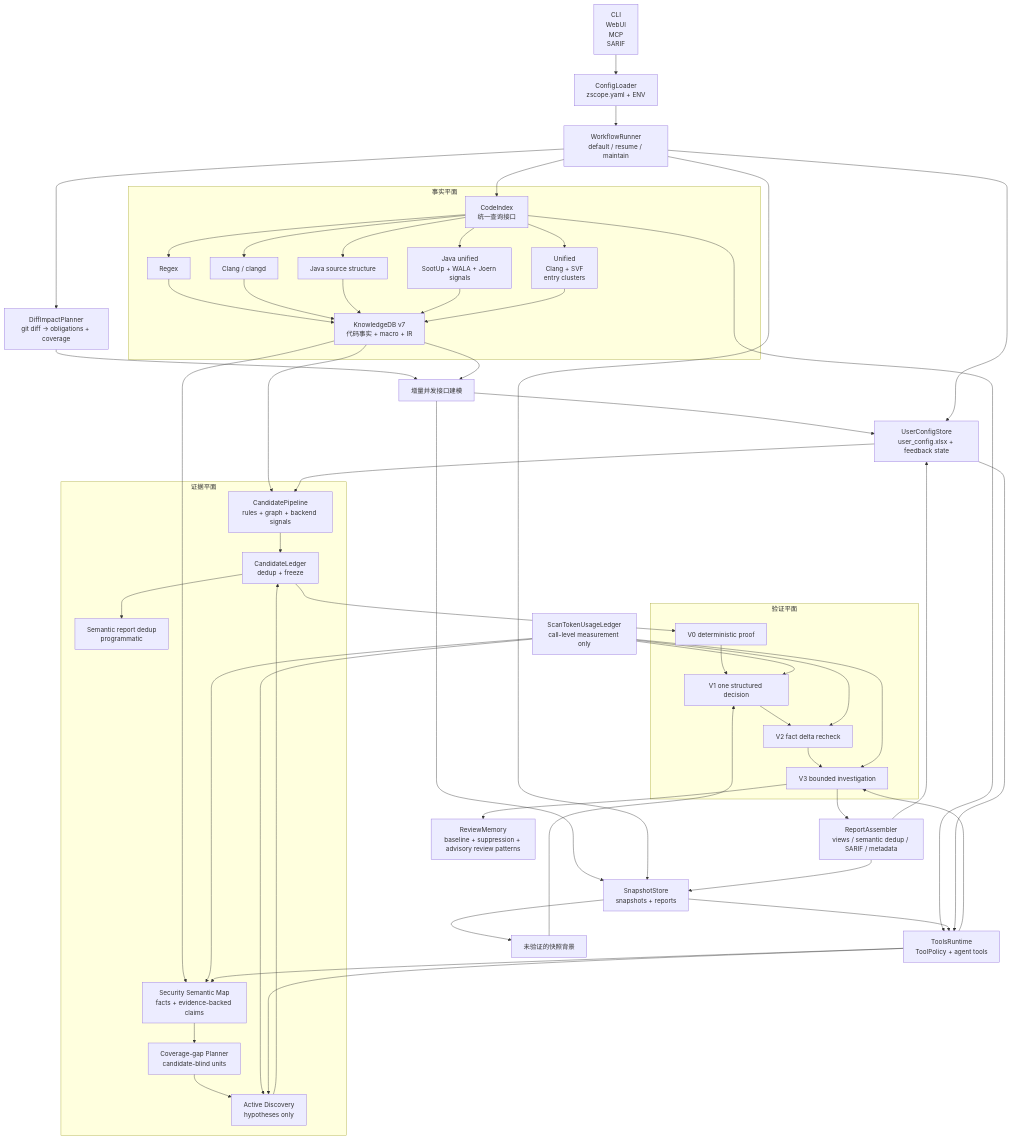
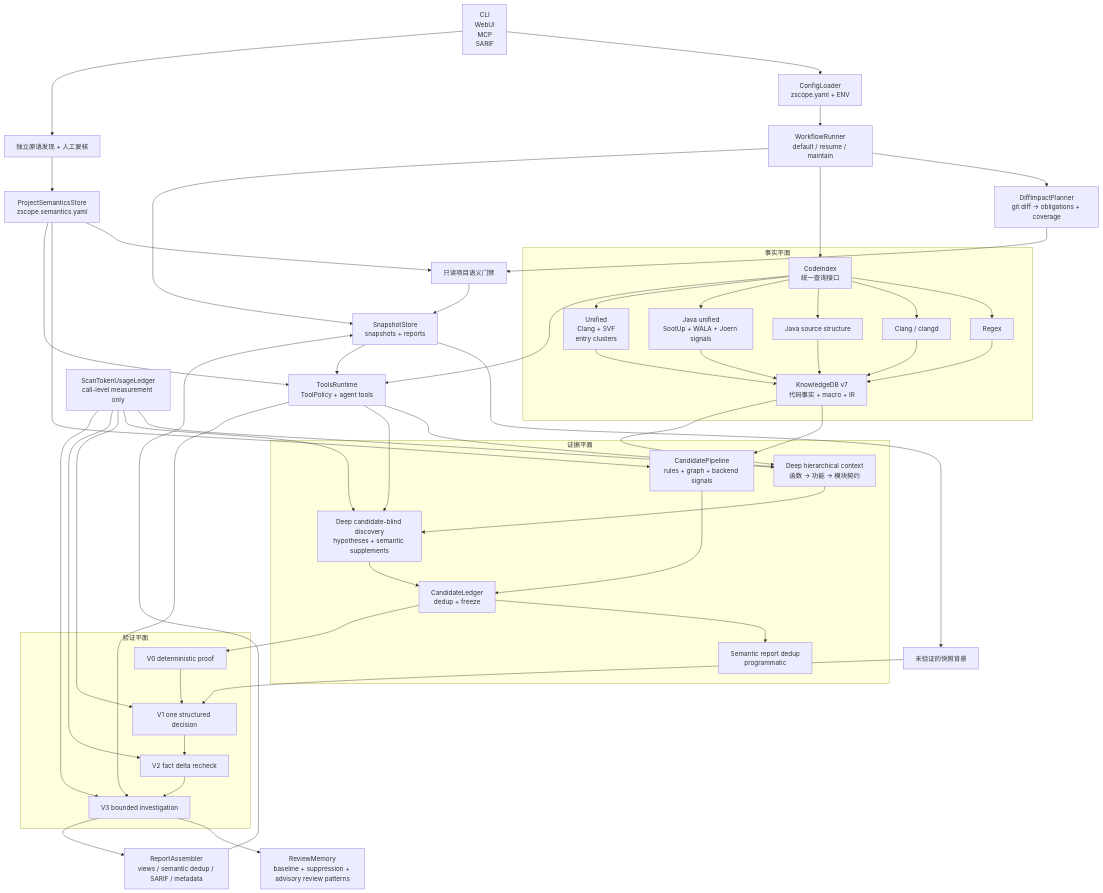
One commit to zealousness/Z-Scope changed the diagram in docs/architecture.md. Above: the diagram before and after it, drawn with Mermaid. The commit also changed other lines of this file and 454 other files, not shown here.

First line of the commit message:
feat: integrate project semantics, scan schedules and validation updates

````diff
--- a/docs/architecture.md
+++ b/docs/architecture.md
@@ -64,75 +68,72 @@
 ```mermaid
 flowchart TB
     Ingress["CLI<br/>WebUI<br/>MCP<br/>SARIF"]
     Config["ConfigLoader<br/>zscope.yaml + ENV"]
     Workflow["WorkflowRunner<br/>default / resume / maintain"]
     DiffImpact["DiffImpactPlanner<br/>git diff → obligations + coverage"]
 
     subgraph FactPlane["事实平面"]
         Index["CodeIndex<br/>统一查询接口"]
         Regex["Regex"]
         Clang["Clang / clangd"]
         JavaSource["Java source structure"]
         JavaUnified["Java unified<br/>SootUp + WALA + Joern signals"]
         Unified["Unified<br/>Clang + SVF<br/>entry clusters"]
         KDB["KnowledgeDB v7<br/>代码事实 + macro + IR"]
     end
 
     subgraph EvidencePlane["证据平面"]
         Candidate["CandidatePipeline<br/>rules + graph + backend signals"]
-        SecurityMap["Security Semantic Map<br/>facts + evidence-backed claims"]
-        Gap["Coverage-gap Planner<br/>candidate-blind units"]
-        Discovery["Active Discovery<br/>hypotheses only"]
+        Hierarchy["Deep hierarchical context<br/>函数 → 功能 → 模块契约"]
+        Discovery["Deep candidate-blind discovery<br/>hypotheses + semantic supplements"]
         Ledger["CandidateLedger<br/>dedup + freeze"]
         SemanticDedup["Semantic report dedup<br/>programmatic"]
     end
 
     TokenUsage["ScanTokenUsageLedger<br/>call-level measurement only"]
     subgraph ValidationPlane["验证平面"]
         V0["V0 deterministic proof"]
         V1["V1 one structured decision"]
         V2["V2 fact delta recheck"]
         V3["V3 bounded investigation"]
     end
 ReviewMemory["ReviewMemory<br/>baseline + suppression + advisory review patterns"]
     Tools["ToolsRuntime<br/>ToolPolicy + agent tools"]
     Snapshot["SnapshotStore<br/>snapshots + reports"]
-    UserCfg["UserConfigStore<br/>user_config.xlsx + feedback state"]
+    UserCfg["ProjectSemanticsStore<br/>zscope.semantics.yaml"]
     Report["ReportAssembler<br/>views / semantic dedup / SARIF / metadata"]
 
     Ingress --> Config --> Workflow
-    Workflow --> DiffImpact --> Modeling["增量并发接口建模"]
-    KDB --> Modeling
-    Modeling --> UserCfg
-    Modeling --> Snapshot
+    Ingress --> PrimitiveDiscovery["独立原语发现 + 人工复核"] --> UserCfg
+    Workflow --> DiffImpact --> SemanticsGate["只读项目语义门禁"]
+    UserCfg --> SemanticsGate
+    SemanticsGate --> Snapshot
     Workflow --> Index
     Index --> Regex --> KDB
     Index --> Clang --> KDB
     Index --> JavaSource --> KDB
     Index --> JavaUnified --> KDB
     Index --> Unified --> KDB
     Workflow --> Snapshot
-    Workflow --> UserCfg
     KDB --> Candidate
     Snapshot --> SnapshotPoints["未验证的快照背景"] --> V1
     UserCfg --> Candidate
     Candidate --> Ledger
-    KDB --> SecurityMap --> Gap --> Discovery --> Ledger
+    KDB --> Hierarchy --> Discovery --> Ledger
     Ledger --> SemanticDedup
     Ledger --> V0 --> V1 --> V2 --> V3
-    TokenUsage --> SecurityMap
+    TokenUsage --> Hierarchy
     TokenUsage --> Discovery
     TokenUsage --> V1
     TokenUsage --> V2
     TokenUsage --> V3
     V3 --> ReviewMemory
-    Tools --> SecurityMap
+    Tools --> Hierarchy
     Tools --> Discovery
     Tools --> V3
     Index --> Tools
     Snapshot --> Tools
     UserCfg --> Tools
     V3 --> Report
     Report --> Snapshot
-    Report --> UserCfg
 ```
````
